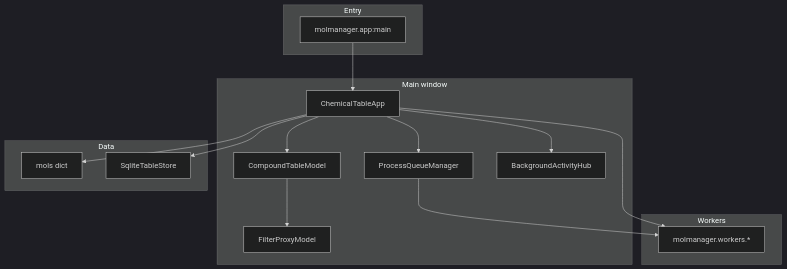
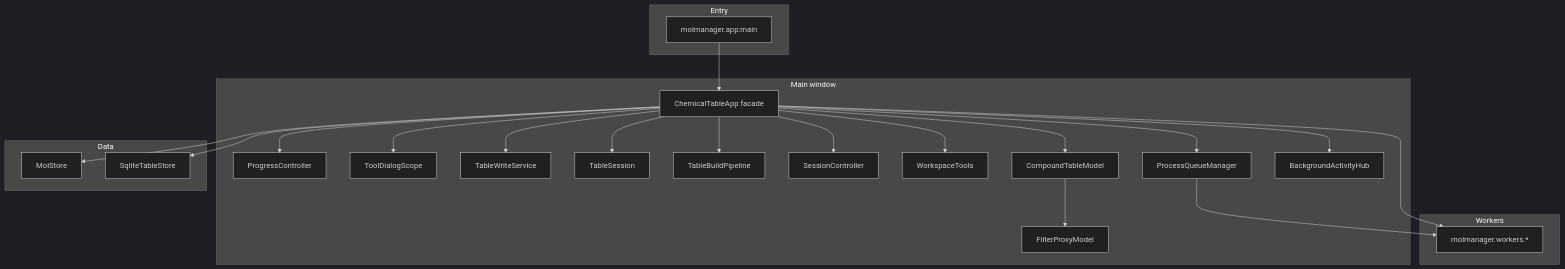
Before and after one commit to hunterp5/MCToolkit: the diagram in docs/ARCHITECTURE.md, drawn with Mermaid (dark theme). The commit also changed other lines of this file and 29 other files, not shown here.

````diff
--- a/docs/ARCHITECTURE.md
+++ b/docs/ARCHITECTURE.md
@@ -7,29 +7,43 @@
 ```mermaid
 flowchart TB
   subgraph entry [Entry]
     app[molmanager.app:main]
   end
   subgraph window [Main window]
-    CTA[ChemicalTableApp]
+    CTA[ChemicalTableApp facade]
+    PROG[ProgressController]
+    SCOPE[ToolDialogScope]
+    WRITE[TableWriteService]
+    TS[TableSession]
+    BUILD[TableBuildPipeline]
+    SESS[SessionController]
+    TOOLS[WorkspaceTools]
     CTM[CompoundTableModel]
     FPM[FilterProxyModel]
     PQ[ProcessQueueManager]
     HUB[BackgroundActivityHub]
   end
   subgraph data [Data]
-    mols[mols dict]
+    mols[MolStore]
     sqlite[SqliteTableStore]
   end
   subgraph workers [Workers]
     W[molmanager.workers.*]
   end
   app --> CTA
+  CTA --> PROG
+  CTA --> SCOPE
+  CTA --> WRITE
+  CTA --> TS
+  CTA --> BUILD
+  CTA --> SESS
+  CTA --> TOOLS
   CTA --> CTM
   CTM --> FPM
   CTA --> PQ
   CTA --> HUB
   CTA --> mols
   CTA --> sqlite
   PQ --> W
   CTA --> W
 ```
````
